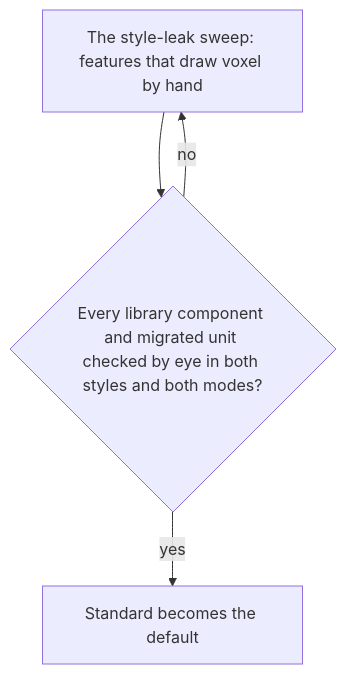
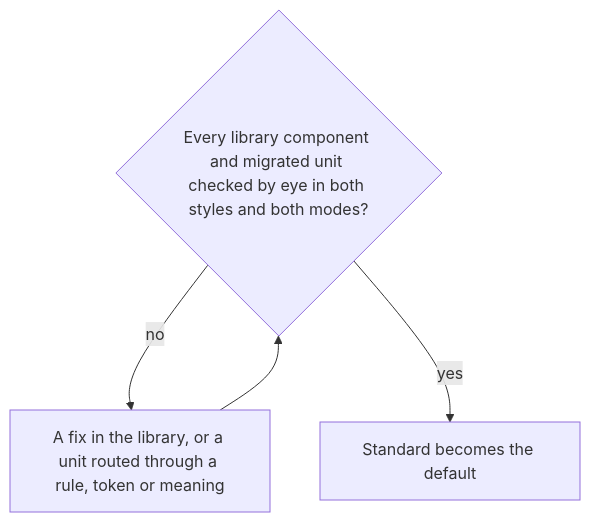
The diagram in apps/web/content/docs/proposals/refactors/ui-library/design-styles.md (Esposter/Esposter), drawn with Mermaid before and after one commit. The commit also changed other lines of this file and 6 other files, not shown here.

First line of the commit message:
test(ui): the style-leak sweep ends as tests, and its ledger retires

````diff
--- a/apps/web/content/docs/proposals/refactors/ui-library/design-styles.md
+++ b/apps/web/content/docs/proposals/refactors/ui-library/design-styles.md
@@ -36,7 +36,7 @@
 ```mermaid
 flowchart TD
-  L[The style-leak sweep: features that draw voxel by hand]
-  L --> D{Every library component and migrated unit checked by eye in both styles and both modes?}
-  D -->|no| L
+  D{Every library component and migrated unit checked by eye in both styles and both modes?}
+  D -->|no| F[A fix in the library, or a unit routed through a rule, token or meaning]
+  F --> D
   D -->|yes| E[Standard becomes the default]
 ```
````
